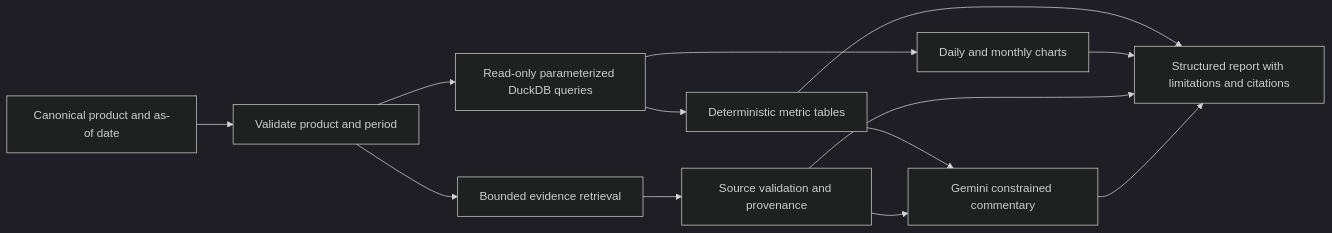
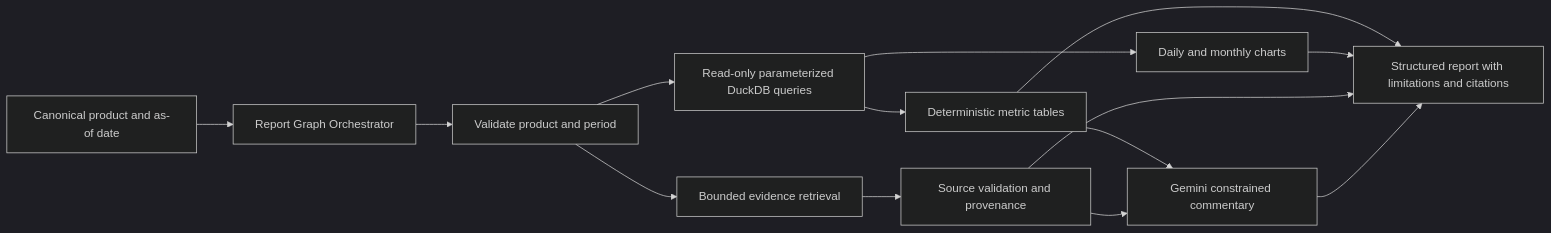
The fourth of 4 diagrams in docs/architecture/architecture.md (FilipePaco/pig_finserv), drawn with Mermaid (dark theme) before and after one commit. The commit also changed other lines of this file and 7 other files, not shown here.

````diff
--- a/docs/architecture/architecture.md
+++ b/docs/architecture/architecture.md
@@ -127,23 +128,24 @@
 ```mermaid
 flowchart LR
     Request[Canonical product and as-of date]
+    Orchestrator[Report Graph Orchestrator]
     Validate[Validate product and period]
     Query[Read-only parameterized DuckDB queries]
     Metrics[Deterministic metric tables]
     Charts[Daily and monthly charts]
     Retrieve[Bounded evidence retrieval]
     Evidence[Source validation and provenance]
     Commentary[Gemini constrained commentary]
     Report[Structured report with limitations and citations]
 
-    Request --> Validate --> Query
+    Request --> Orchestrator --> Validate --> Query
     Query --> Metrics
     Query --> Charts
     Validate --> Retrieve --> Evidence
     Metrics --> Commentary
     Evidence --> Commentary
     Metrics --> Report
     Charts --> Report
     Evidence --> Report
     Commentary --> Report
 ```
````
